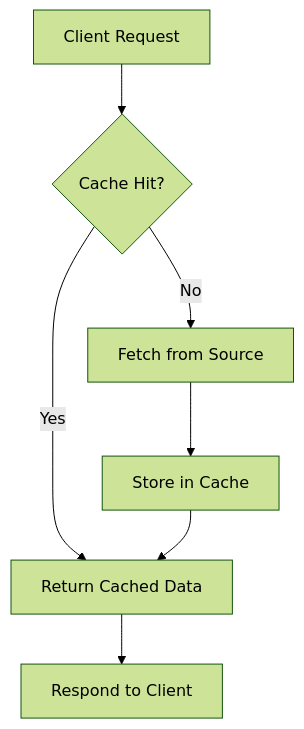
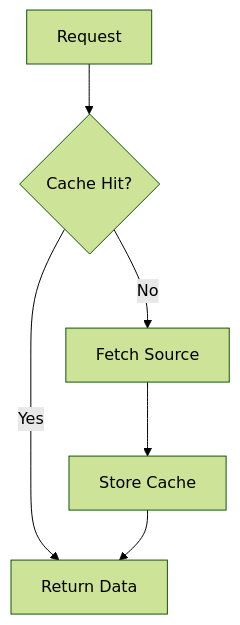
The diagram in caching/README.md (VrushankPatel/interview-matters), drawn with Mermaid (forest theme) before and after one commit. The commit also changed other lines of this file and 4 other files, not shown here.

````diff
--- a/caching/README.md
+++ b/caching/README.md
@@ -68,9 +50,8 @@
 ```mermaid
 graph TD
-    A[Client Request] --> B{Cache Hit?}
-    B -->|Yes| C[Return Cached Data]
-    B -->|No| D[Fetch from Source]
-    D --> E[Store in Cache]
+    A[Request] --> B{Cache Hit?}
+    B -->|Yes| C[Return Data]
+    B -->|No| D[Fetch Source]
+    D --> E[Store Cache]
     E --> C
-    C --> F[Respond to Client]
 ```
````
